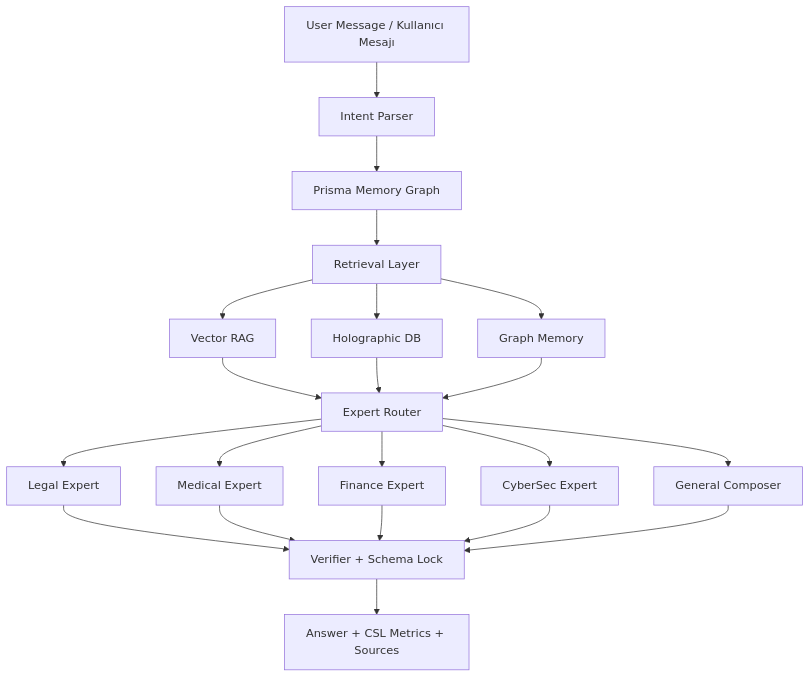
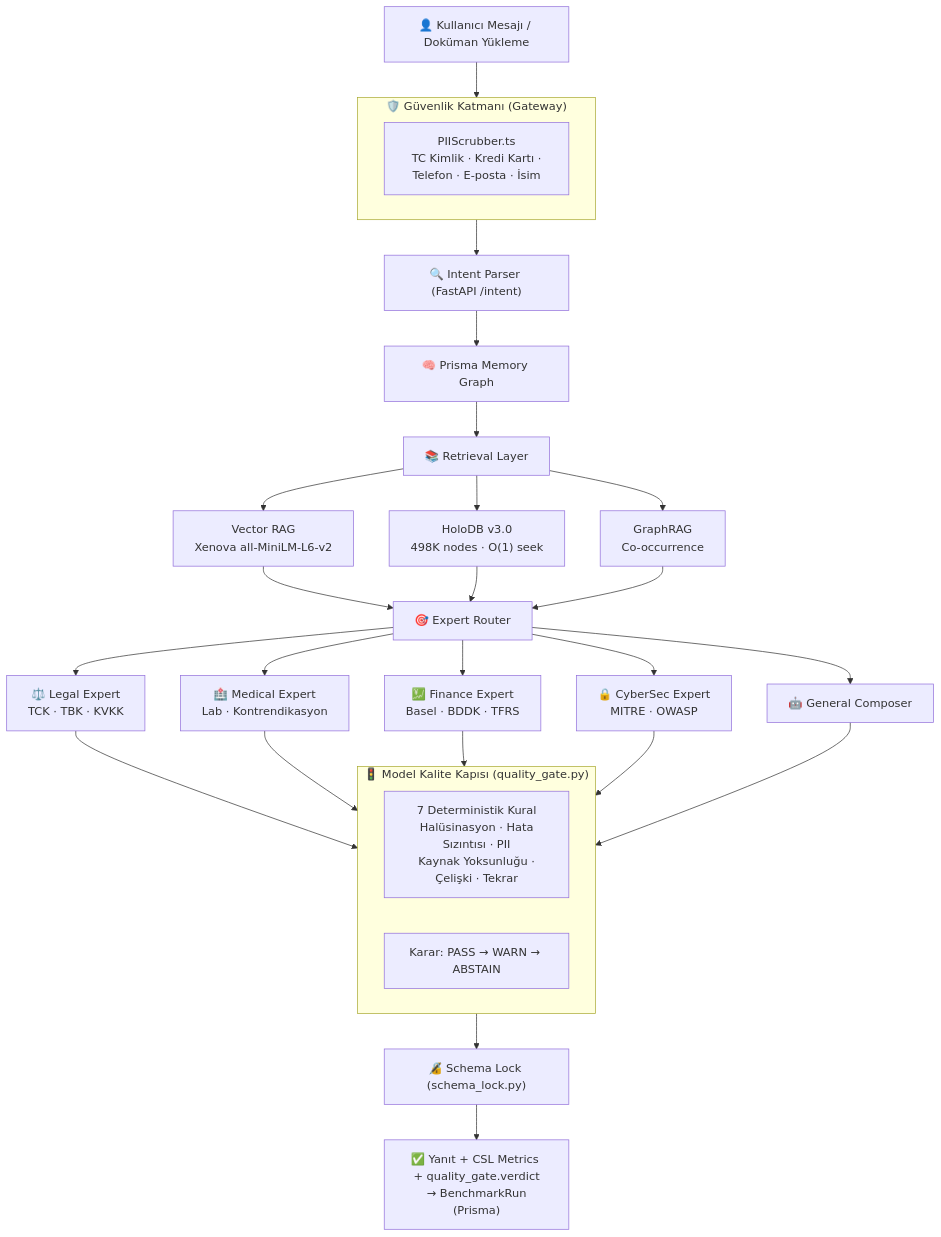
One commit to sakipfikrret/OmniEngine changed the diagram in README.md. Above: the diagram before and after it, drawn with Mermaid. The commit also changed other lines of this file, not shown here.

````diff
--- a/README.md
+++ b/README.md
@@ -45,23 +53,36 @@
 ```mermaid
 flowchart TD
-  A["User Message / Kullanıcı Mesajı"] --> B["Intent Parser"]
-  B --> C["Prisma Memory Graph"]
-  C --> D["Retrieval Layer"]
-  D --> D1["Vector RAG"]
-  D --> D2["Holographic DB"]
-  D --> D3["Graph Memory"]
-  D1 --> E["Expert Router"]
+  A["👤 Kullanıcı Mesajı / Doküman Yükleme"] --> P
+
+  subgraph P ["🛡️ Güvenlik Katmanı (Gateway)"]
+    P1["PIIScrubber.ts\n TC Kimlik · Kredi Kartı · Telefon · E-posta · İsim"]
+  end
+
+  P --> B["🔍 Intent Parser (FastAPI /intent)"]
+  B --> C["🧠 Prisma Memory Graph"]
+  C --> D["📚 Retrieval Layer"]
+  D --> D1["Vector RAG\n Xenova all-MiniLM-L6-v2"]
+  D --> D2["HoloDB v3.0\n 498K nodes · O(1) seek"]
+  D --> D3["GraphRAG\n Co-occurrence"]
+  D1 --> E["🎯 Expert Router"]
   D2 --> E
   D3 --> E
-  E --> F1["Legal Expert"]
-  E --> F2["Medical Expert"]
-  E --> F3["Finance Expert"]
-  E --> F4["CyberSec Expert"]
-  E --> F5["General Composer"]
-  F1 --> G["Verifier + Schema Lock"]
-  F2 --> G
-  F3 --> G
-  F4 --> G
-  F5 --> G
-  G --> H["Answer + CSL Metrics + Sources"]
+  E --> F1["⚖️ Legal Expert\n TCK · TBK · KVKK"]
+  E --> F2["🏥 Medical Expert\n Lab · Kontrendikasyon"]
+  E --> F3["💹 Finance Expert\n Basel · BDDK · TFRS"]
+  E --> F4["🔒 CyberSec Expert\n MITRE · OWASP"]
+  E --> F5["🤖 General Composer"]
+
+  subgraph QG ["🚦 Model Kalite Kapısı (quality_gate.py)"]
+    QG1["7 Deterministik Kural\n Halüsinasyon · Hata Sızıntısı · PII\n Kaynak Yoksunluğu · Çelişki · Tekrar"]
+    QG2["Karar: PASS → WARN → ABSTAIN"]
+  end
+
+  F1 --> QG
+  F2 --> QG
+  F3 --> QG
+  F4 --> QG
+  F5 --> QG
+  QG --> G["🔏 Schema Lock (schema_lock.py)"]
+  G --> H["✅ Yanıt + CSL Metrics + quality_gate.verdict\n → BenchmarkRun (Prisma)"]
 ```
````
